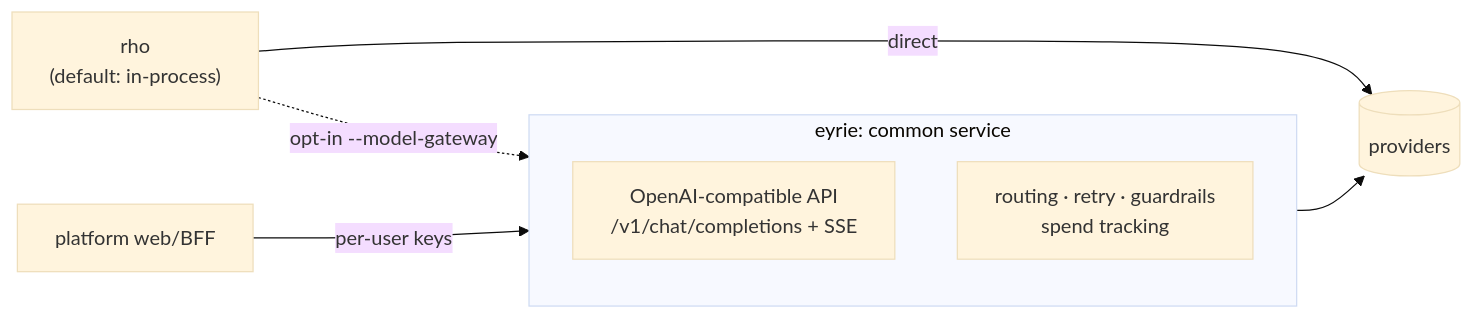
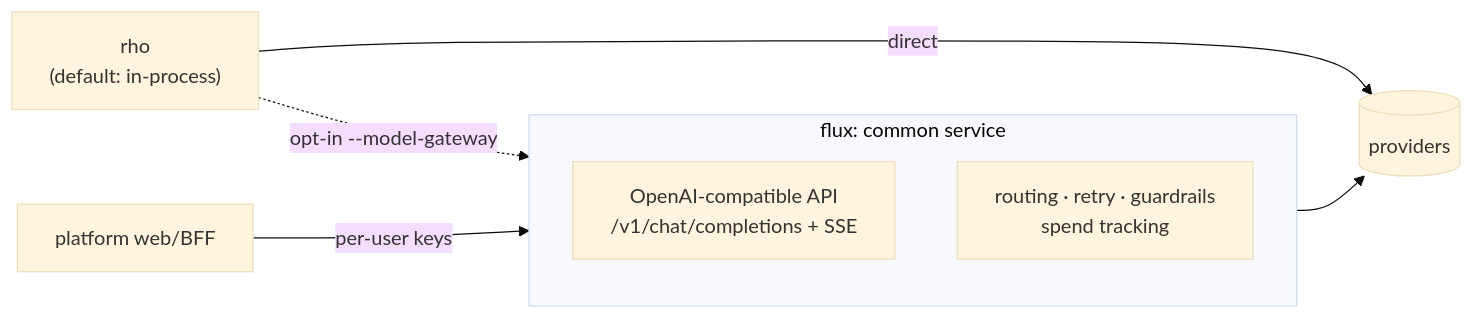
One commit to GrayCodeAI/Rhov changed the second of 2 diagrams in docs/design/three-repo-architecture.md. Above: the diagram before and after it, drawn with Mermaid (base theme). The commit also changed other lines of this file and 312 other files, not shown here.

First line of the commit message:
chore!: switch dependency from eyrie to flux (#308)

````diff
--- a/docs/design/three-repo-architecture.md
+++ b/docs/design/three-repo-architecture.md
@@ -42,11 +42,11 @@
 ```mermaid
 flowchart LR
     CLI2["rho\n(default: in-process)"] -. "opt-in --model-gateway" .-> GW
     WEB2["platform web/BFF"] -->|per-user keys| GW
-    subgraph GW["eyrie: common service"]
+    subgraph GW["flux: common service"]
         API["OpenAI-compatible API\n/v1/chat/completions + SSE"]
         POL["routing · retry · guardrails\nspend tracking"]
     end
     GW --> PROV[(providers)]
     CLI2 -->|direct| PROV
 ```
````
